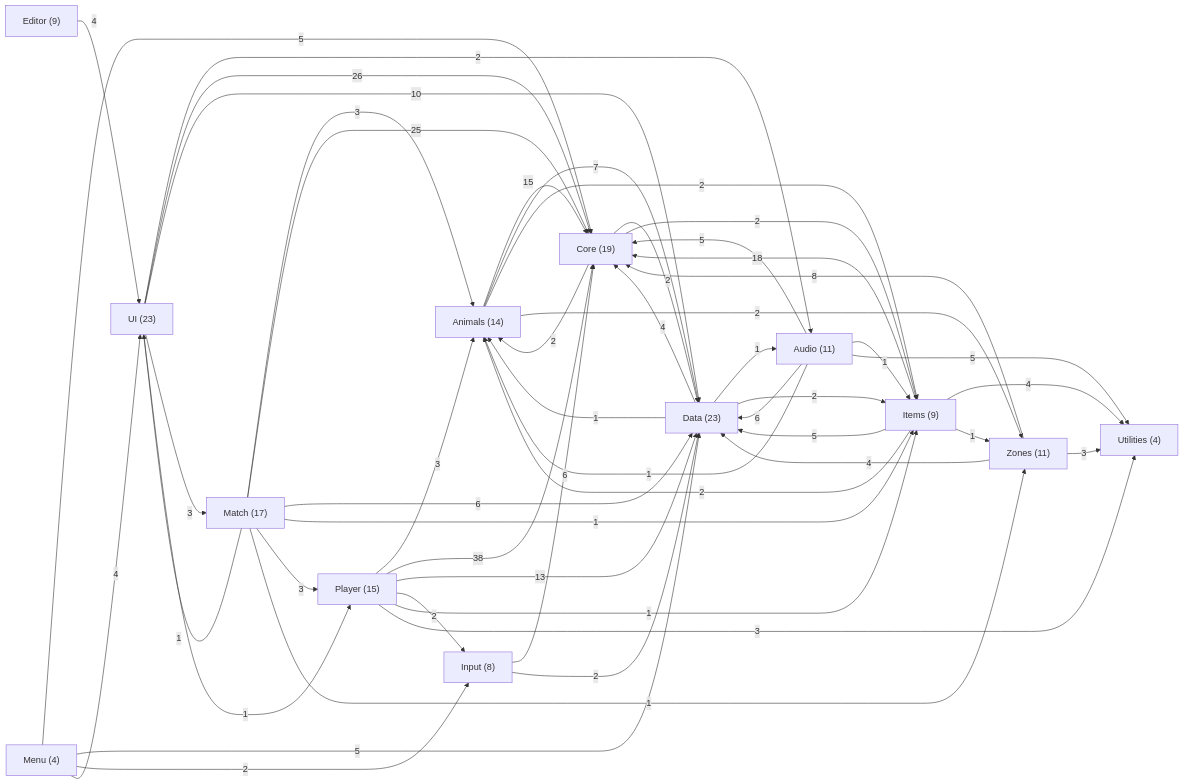
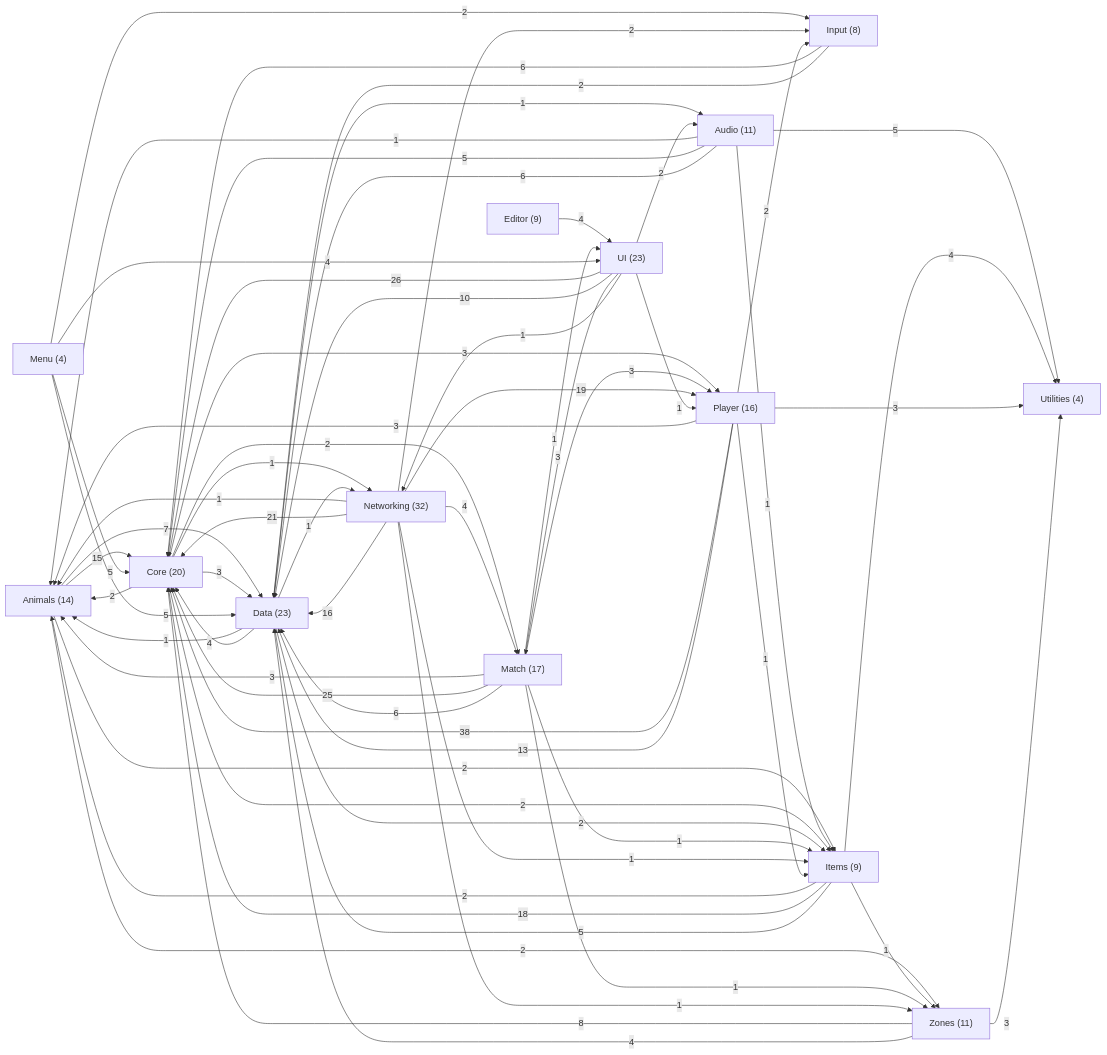
Before and after one commit to Chacashi/Alien-Farms: the first of 2 diagrams in Docs/Arquitectura/00 Indice.md, drawn with Mermaid. The commit also changed other lines of this file and 171 other files, not shown here.

````diff
--- a/Docs/Arquitectura/00 Indice.md
+++ b/Docs/Arquitectura/00 Indice.md
@@ -11,65 +11,79 @@
 ```mermaid
 flowchart LR
   Animals["Animals (14)"]
   Audio["Audio (11)"]
-  Core["Core (19)"]
+  Core["Core (20)"]
   Data["Data (23)"]
   Editor["Editor (9)"]
   Input["Input (8)"]
   Items["Items (9)"]
   Match["Match (17)"]
   Menu["Menu (4)"]
-  Player["Player (15)"]
+  Networking["Networking (32)"]
+  Player["Player (16)"]
   UI["UI (23)"]
   Utilities["Utilities (4)"]
   Zones["Zones (11)"]
   Animals -->|15| Core
   Animals -->|7| Data
   Animals -->|2| Items
   Animals -->|2| Zones
   Audio -->|1| Animals
   Audio -->|5| Core
   Audio -->|6| Data
   Audio -->|1| Items
   Audio -->|5| Utilities
   Core -->|2| Animals
-  Core -->|2| Data
+  Core -->|3| Data
   Core -->|2| Items
+  Core -->|2| Match
+  Core -->|1| Networking
+  Core -->|3| Player
   Data -->|1| Animals
   Data -->|1| Audio
   Data -->|4| Core
   Data -->|2| Items
+  Data -->|1| Networking
   Editor -->|4| UI
   Input -->|6| Core
   Input -->|2| Data
   Items -->|2| Animals
   Items -->|18| Core
   Items -->|5| Data
   Items -->|4| Utilities
   Items -->|1| Zones
   Match -->|3| Animals
   Match -->|25| Core
   Match -->|6| Data
   Match -->|1| Items
   Match -->|3| Player
   Match -->|1| UI
   Match -->|1| Zones
   Menu -->|5| Core
   Menu -->|5| Data
   Menu -->|2| Input
   Menu -->|4| UI
+  Networking -->|1| Animals
+  Networking -->|21| Core
+  Networking -->|16| Data
+  Networking -->|2| Input
+  Networking -->|1| Items
+  Networking -->|4| Match
+  Networking -->|19| Player
+  Networking -->|1| Zones
   Player -->|3| Animals
   Player -->|38| Core
   Player -->|13| Data
   Player -->|2| Input
   Player -->|1| Items
   Player -->|3| Utilities
   UI -->|2| Audio
   UI -->|26| Core
   UI -->|10| Data
   UI -->|3| Match
+  UI -->|1| Networking
   UI -->|1| Player
   Zones -->|8| Core
   Zones -->|4| Data
   Zones -->|3| Utilities
 ```
````
